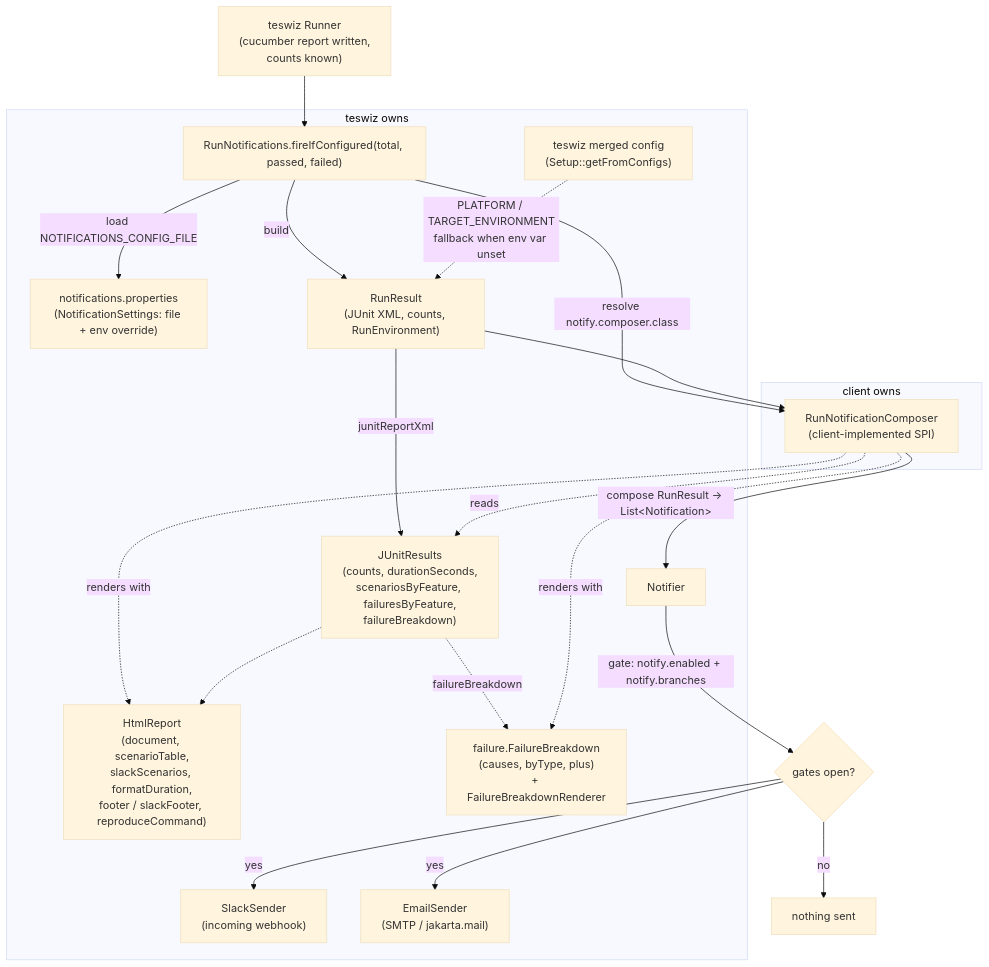
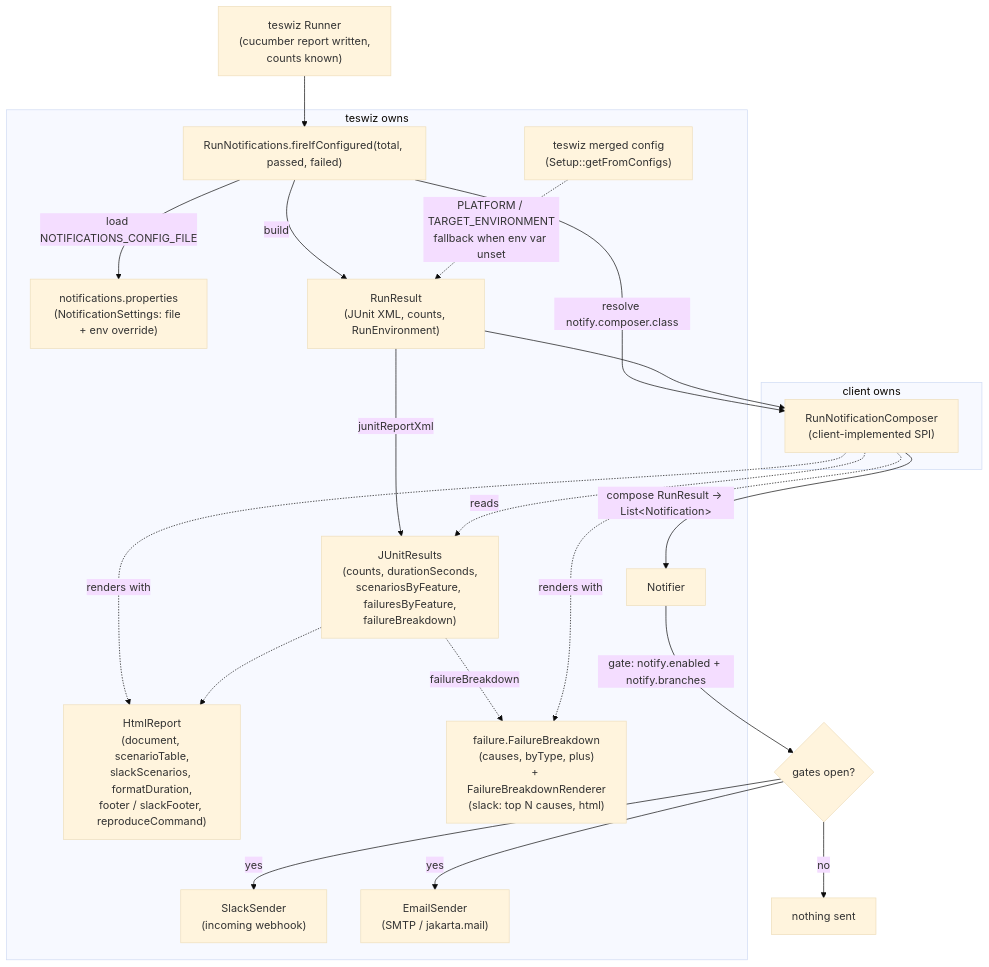
One commit to anandbagmar/teswiz changed the diagram in docs/subsystems/run-notifications.md. Above: the diagram before and after it, drawn with Mermaid (base theme). The commit also changed other lines of this file and 3 other files, not shown here.

First line of the commit message:
Update docs for failure breakdown and CI permissions

````diff
--- a/docs/subsystems/run-notifications.md
+++ b/docs/subsystems/run-notifications.md
@@ -24,36 +24,36 @@
 ```mermaid
 flowchart TD
     RUN["teswiz Runner\n(cucumber report written,\ncounts known)"] --> FIRE["RunNotifications.fireIfConfigured(total, passed, failed)"]
     FIRE -->|load NOTIFICATIONS_CONFIG_FILE| SET["notifications.properties\n(NotificationSettings: file + env override)"]
     FIRE -->|resolve notify.composer.class| COMP["RunNotificationComposer\n(client-implemented SPI)"]
     FIRE -->|build| RR["RunResult\n(JUnit XML, counts, RunEnvironment)"]
     CFG["teswiz merged config\n(Setup::getFromConfigs)"] -.->|"PLATFORM / TARGET_ENVIRONMENT\nfallback when env var unset"| RR
     RR --> COMP
     RR -->|junitReportXml| JUR["JUnitResults\n(counts, durationSeconds,\nscenariosByFeature, failuresByFeature,\nfailureBreakdown)"]
     COMP -.->|reads| JUR
     COMP -.->|renders with| HTMLR["HtmlReport\n(document, scenarioTable,\nslackScenarios, formatDuration,\nfooter / slackFooter, reproduceCommand)"]
     JUR -.-> HTMLR
-    JUR -.->|failureBreakdown| FB["failure.FailureBreakdown\n(causes, byType, plus)\n+ FailureBreakdownRenderer"]
+    JUR -.->|failureBreakdown| FB["failure.FailureBreakdown\n(causes, byType, plus)\n+ FailureBreakdownRenderer\n(slack: top N causes, html)"]
     COMP -.->|renders with| FB
     COMP -->|compose RunResult -> List&lt;Notification&gt;| NTF["Notifier"]
     NTF -->|gate: notify.enabled + notify.branches| GATE{"gates open?"}
     GATE -->|no| NOOP["nothing sent"]
     GATE -->|yes| SLACK["SlackSender\n(incoming webhook)"]
     GATE -->|yes| EMAIL["EmailSender\n(SMTP / jakarta.mail)"]
 
     subgraph TESWIZ_OWNS["teswiz owns"]
         FIRE
         SET
         NTF
         SLACK
         EMAIL
         RR
         CFG
         JUR
         HTMLR
         FB
     end
     subgraph CLIENT_OWNS["client owns"]
         COMP
     end
 ```
````
